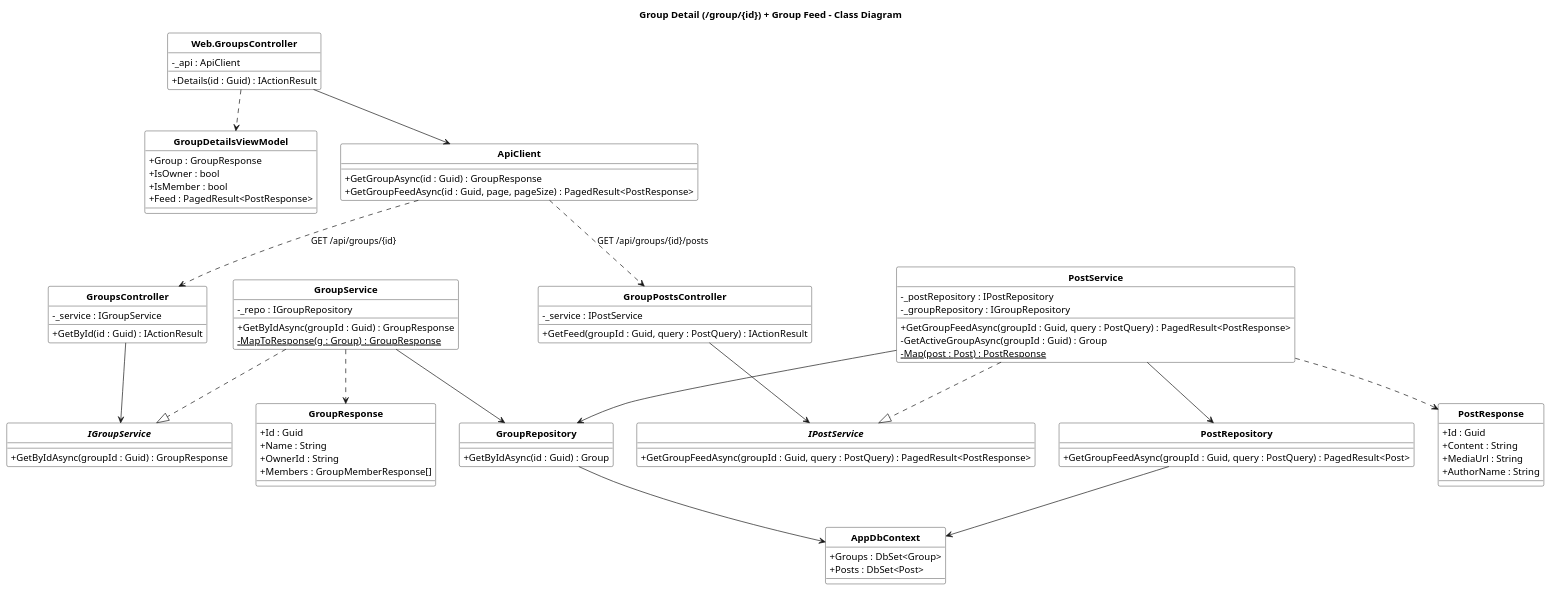
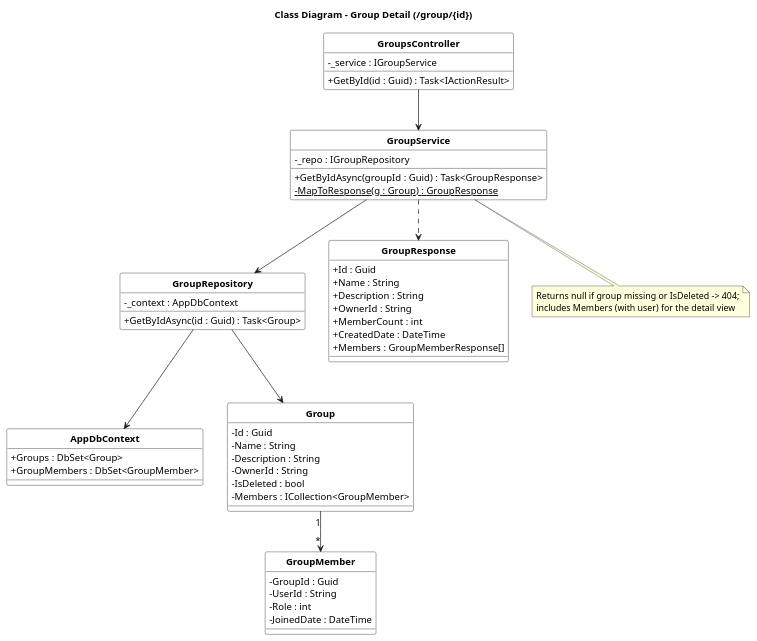
The diagram in docs/diagrams/class/class_group_details.puml (HKDuy23114/minisocial), drawn with PlantUML before and after one commit. The commit also changed 9 other files, not shown here.

Commit message:
docs: rework group class diagrams to backend-layered per-feature style (match overview); add group feed & post delete

```diff
--- a/docs/diagrams/class/class_group_details.puml
+++ b/docs/diagrams/class/class_group_details.puml
@@ -1,96 +1,69 @@
 @startuml class_group_details
-title Group Detail (/group/{id}) + Group Feed - Class Diagram
 hide circle
 skinparam classAttributeIconSize 0
-skinparam packageStyle rectangle
 skinparam class {
   BackgroundColor white
   BorderColor black
   FontName "Arial"
   FontStyle bold
 }
-
-class "Web.GroupsController" as Web {
-  -_api : ApiClient
-  +Details(id : Guid) : IActionResult
-}
-class GroupDetailsViewModel {
-  +Group : GroupResponse
-  +IsOwner : bool
-  +IsMember : bool
-  +Feed : PagedResult<PostResponse>
-}
-
-class ApiClient {
-  +GetGroupAsync(id : Guid) : GroupResponse
-  +GetGroupFeedAsync(id : Guid, page, pageSize) : PagedResult<PostResponse>
-}
+title Class Diagram - Group Detail (/group/{id})
 
 class GroupsController {
   -_service : IGroupService
-  +GetById(id : Guid) : IActionResult
-}
-class GroupPostsController {
-  -_service : IPostService
-  +GetFeed(groupId : Guid, query : PostQuery) : IActionResult
+  +GetById(id : Guid) : Task<IActionResult>
 }
 
-interface IGroupService {
-  +GetByIdAsync(groupId : Guid) : GroupResponse
-}
 class GroupService {
   -_repo : IGroupRepository
-  +GetByIdAsync(groupId : Guid) : GroupResponse
+  +GetByIdAsync(groupId : Guid) : Task<GroupResponse>
   -{static} MapToResponse(g : Group) : GroupResponse
-}
-interface IPostService {
-  +GetGroupFeedAsync(groupId : Guid, query : PostQuery) : PagedResult<PostResponse>
-}
-class PostService {
-  -_postRepository : IPostRepository
-  -_groupRepository : IGroupRepository
-  +GetGroupFeedAsync(groupId : Guid, query : PostQuery) : PagedResult<PostResponse>
-  -GetActiveGroupAsync(groupId : Guid) : Group
-  -{static} Map(post : Post) : PostResponse
 }
 
 class GroupRepository {
-  +GetByIdAsync(id : Guid) : Group
+  -_context : AppDbContext
+  +GetByIdAsync(id : Guid) : Task<Group>
 }
-class PostRepository {
-  +GetGroupFeedAsync(groupId : Guid, query : PostQuery) : PagedResult<Post>
-}
+
 class AppDbContext {
   +Groups : DbSet<Group>
-  +Posts : DbSet<Post>
+  +GroupMembers : DbSet<GroupMember>
+}
+
+class Group {
+  -Id : Guid
+  -Name : String
+  -Description : String
+  -OwnerId : String
+  -IsDeleted : bool
+  -Members : ICollection<GroupMember>
+}
+class GroupMember {
+  -GroupId : Guid
+  -UserId : String
+  -Role : int
+  -JoinedDate : DateTime
 }
 
 class GroupResponse {
   +Id : Guid
   +Name : String
+  +Description : String
   +OwnerId : String
+  +MemberCount : int
+  +CreatedDate : DateTime
   +Members : GroupMemberResponse[]
 }
-class PostResponse {
-  +Id : Guid
-  +Content : String
-  +MediaUrl : String
-  +AuthorName : String
-}
 
-Web --> ApiClient
-Web ..> GroupDetailsViewModel
-ApiClient ..> GroupsController : GET /api/groups/{id}
-ApiClient ..> GroupPostsController : GET /api/groups/{id}/posts
-GroupsController --> IGroupService
-GroupPostsController --> IPostService
-GroupService ..|> IGroupService
-PostService ..|> IPostService
+GroupsController --> GroupService
 GroupService --> GroupRepository
-PostService --> PostRepository
-PostService --> GroupRepository
 GroupRepository --> AppDbContext
-PostRepository --> AppDbContext
+GroupRepository --> Group
+Group "1" --> "*" GroupMember
 GroupService ..> GroupResponse
-PostService ..> PostResponse
+
+note bottom of GroupService
+  Returns null if group missing or IsDeleted -> 404;
+  includes Members (with user) for the detail view
+end note
 @enduml
```
